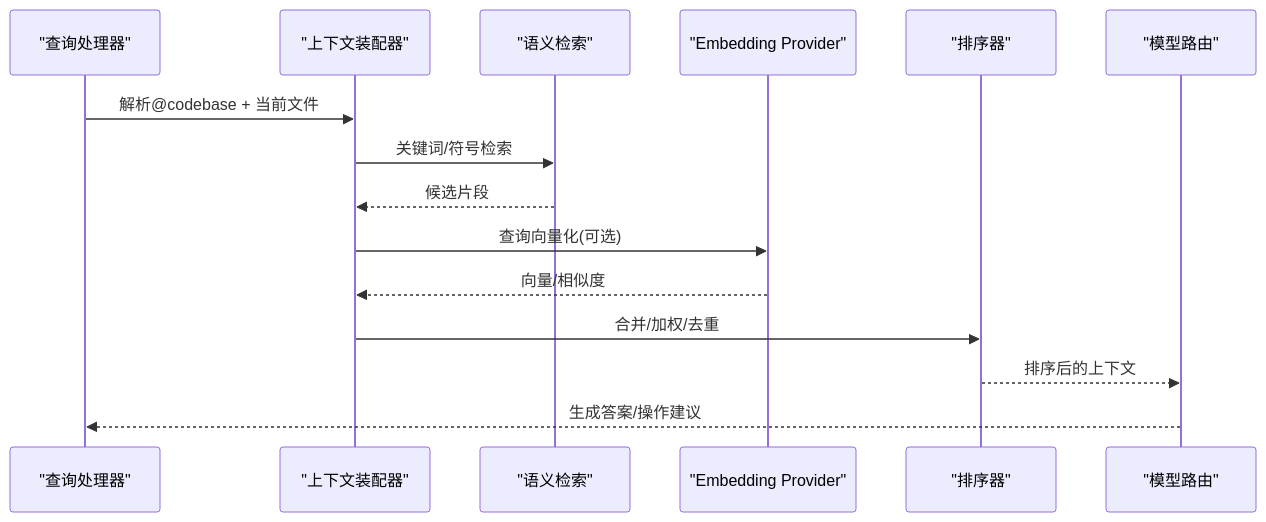
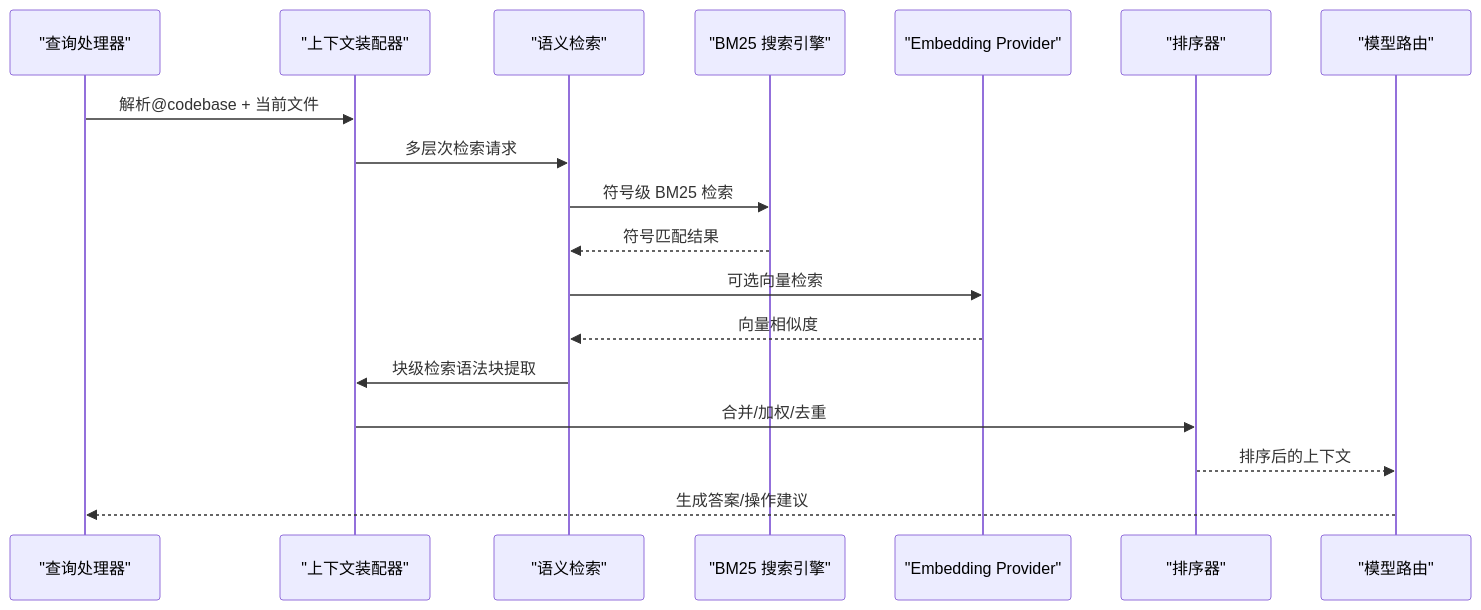
The fourth of 9 diagrams in .qoder/repowiki/zh/content/架构设计/代码库智能架构/代码库智能架构.md (sofate798/KodrixCode), drawn with Mermaid before and after one commit. The commit also changed other lines of this file and 4 other files, not shown here.

````diff
--- a/.qoder/repowiki/zh/content/架构设计/代码库智能架构/代码库智能架构.md
+++ b/.qoder/repowiki/zh/content/架构设计/代码库智能架构/代码库智能架构.md
@@ -178,17 +187,20 @@
 ```mermaid
 sequenceDiagram
 participant Q as "查询处理器"
 participant Ctx as "上下文装配器"
 participant Sem as "语义检索"
+participant BM25 as "BM25 搜索引擎"
 participant Emb as "Embedding Provider"
 participant Sort as "排序器"
 participant R as "模型路由"
 Q->>Ctx : 解析@codebase + 当前文件
-Ctx->>Sem : 关键词/符号检索
-Sem-->>Ctx : 候选片段
-Ctx->>Emb : 查询向量化(可选)
-Emb-->>Ctx : 向量/相似度
+Ctx->>Sem : 多层次检索请求
+Sem->>BM25 : 符号级 BM25 检索
+BM25-->>Sem : 符号匹配结果
+Sem->>Emb : 可选向量检索
+Emb-->>Sem : 向量相似度
+Sem->>Ctx : 块级检索语法块提取
 Ctx->>Sort : 合并/加权/去重
 Sort-->>R : 排序后的上下文
 R-->>Q : 生成答案/操作建议
 ```
````
